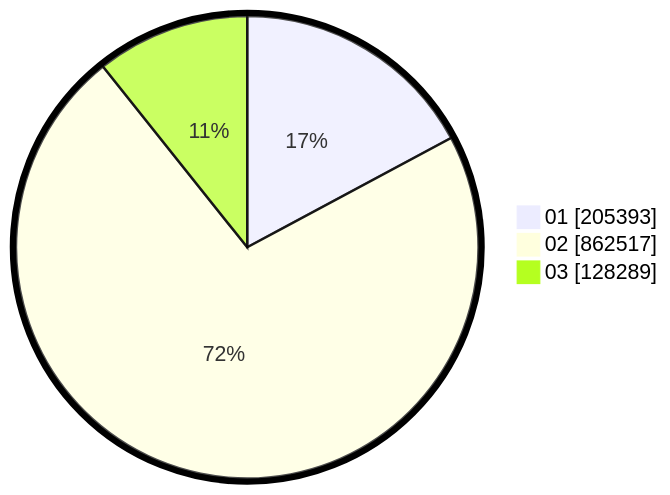
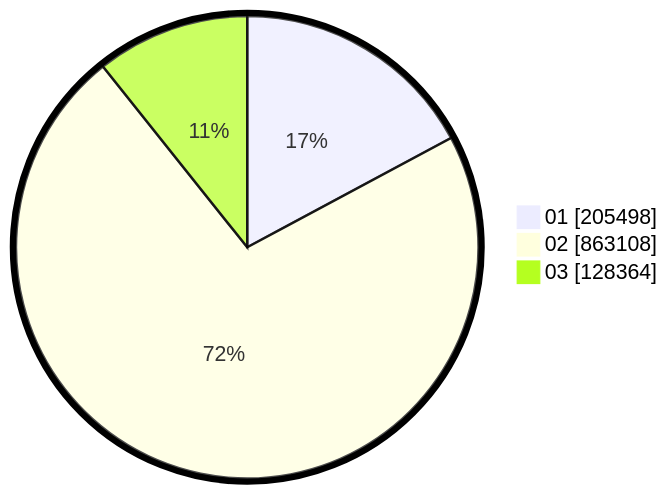
One commit to gigit-pemilu/pemilu-2024 changed the second of 2 diagrams in pilpres/hitung-suara/sub/table-wilayah-62.md. Above: the diagram before and after it, drawn with Mermaid. The commit also changed other lines of this file and 6 other files, not shown here.

````diff
--- a/pilpres/hitung-suara/sub/table-wilayah-62.md
+++ b/pilpres/hitung-suara/sub/table-wilayah-62.md
@@ -15,7 +15,7 @@
 ```mermaid
 %%{init: {"pie": {"textPosition": 0.5}, "themeVariables": {"pieOuterStrokeWidth": "5px"}} }%%
 pie showData
-    "01" : 205393
-    "02" : 862517
-    "03" : 128289
+    "01" : 205498
+    "02" : 863108
+    "03" : 128364
 ```
````
